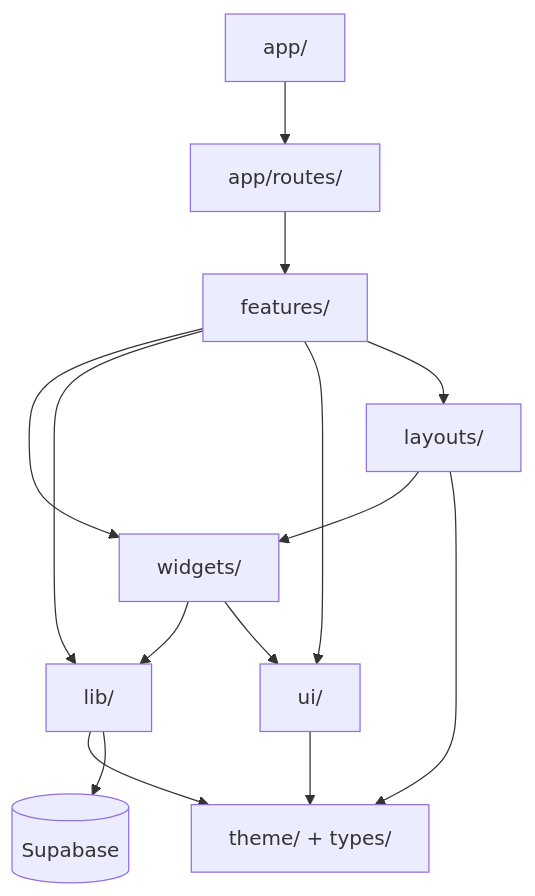
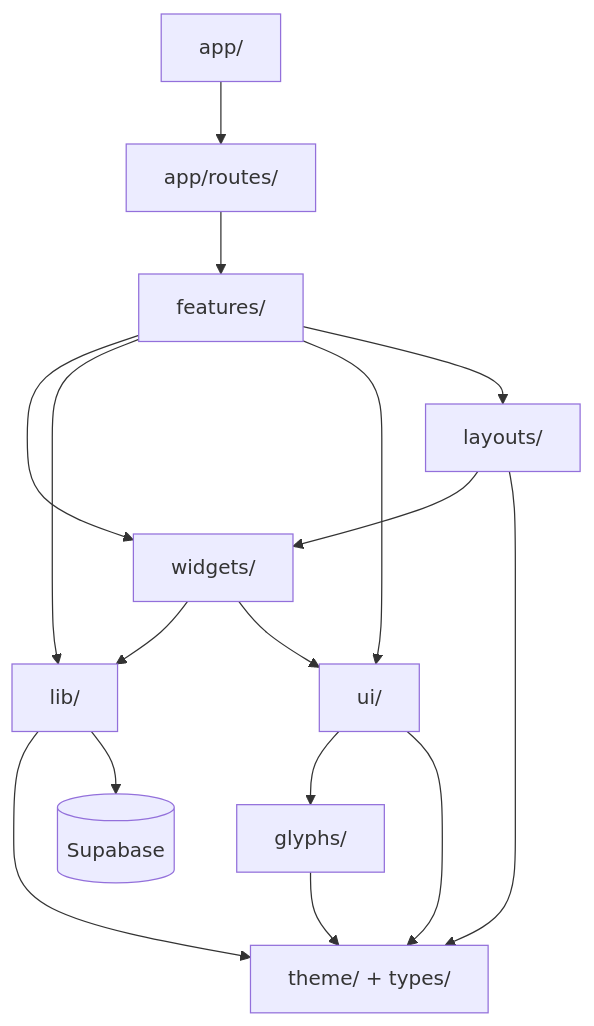
The diagram in README.md (nbhansen/Talrum), drawn with Mermaid before and after one commit. The commit also changed other lines of this file and 6 other files, not shown here.

First line of the commit message:
docs: add subsystem architecture docs; put glyphs on the README map (#319)

````diff
--- a/README.md
+++ b/README.md
@@ -56,25 +56,28 @@
 ```mermaid
 flowchart TD
     app[app/]
     routes[app/routes/]
     features[features/]
     widgets[widgets/]
     lib[lib/]
     ui[ui/]
+    glyphs[glyphs/]
     layouts[layouts/]
     base[theme/ + types/]
     sb[(Supabase)]
 
     app --> routes --> features
     features --> widgets
     features --> lib
     features --> ui
     features --> layouts
     widgets --> lib
     widgets --> ui
     layouts --> widgets
+    ui --> glyphs
+    glyphs --> base
     lib --> base
     ui --> base
     layouts --> base
     lib --> sb
 ```
````
